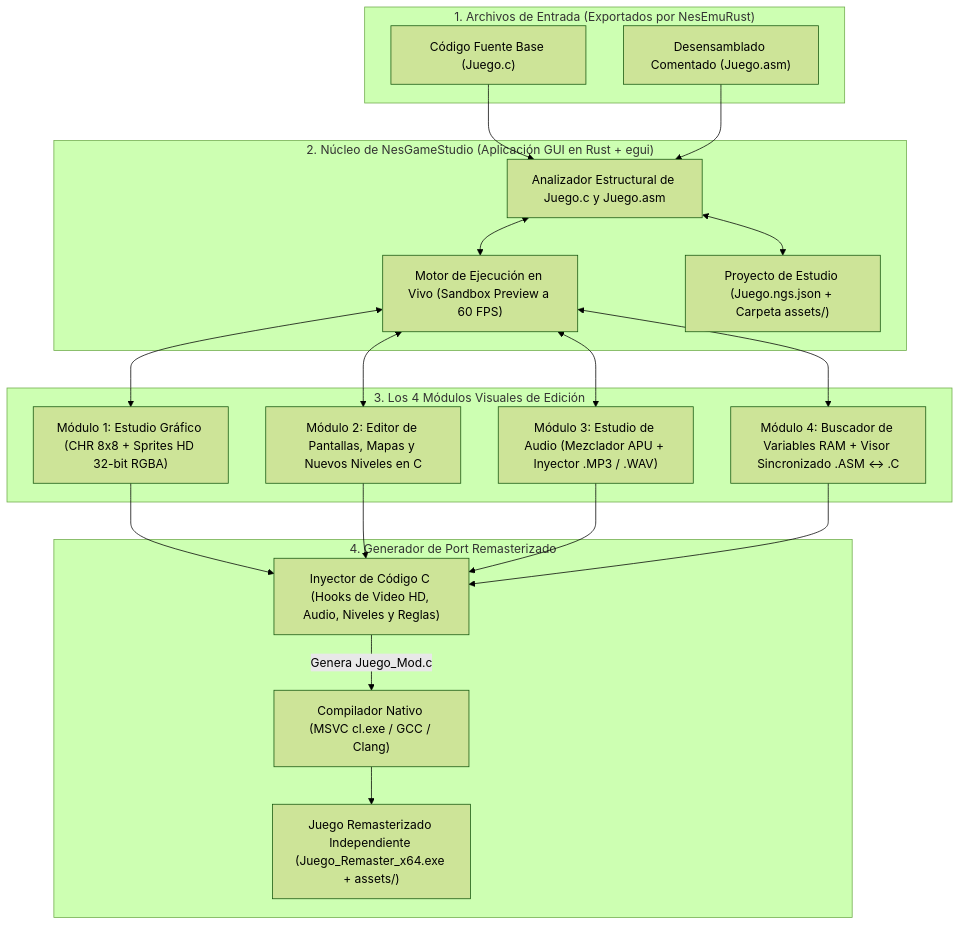
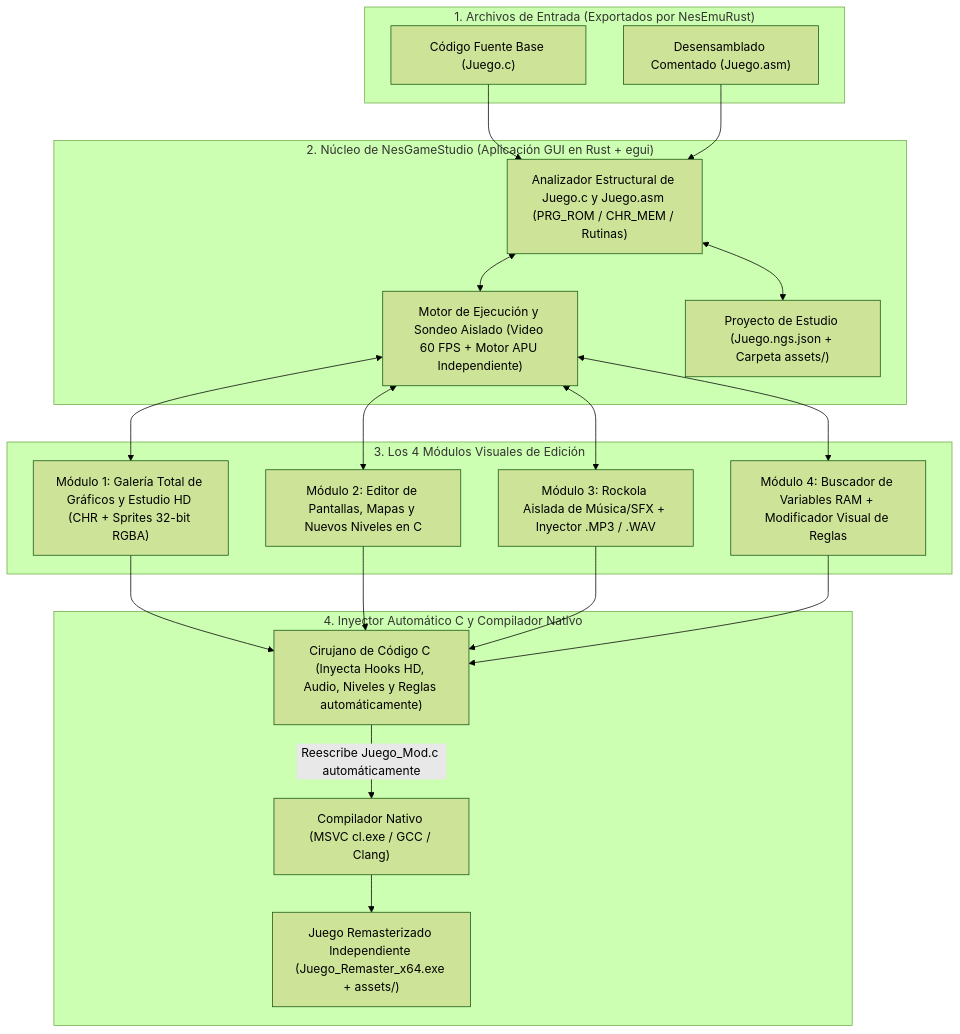
Before and after one commit to iztaneo/NesGameStudio: the first of 2 diagrams in README.md, drawn with Mermaid (forest theme). The commit also changed other lines of this file and 1 other file, not shown here.

Commit message:
docs: Include full graphic gallery, standalone music jukebox, and automatic C injection in plan

````diff
--- a/README.md
+++ b/README.md
@@ -11,44 +11,44 @@
 ```mermaid
 flowchart TD
     subgraph Entrada["1. Archivos de Entrada (Exportados por NesEmuRust)"]
         CSRC["Código Fuente Base (Juego.c)"]
         ASMSRC["Desensamblado Comentado (Juego.asm)"]
     end
 
     subgraph NucleoStudio["2. Núcleo de NesGameStudio (Aplicación GUI en Rust + egui)"]
-        PARSER["Analizador Estructural de Juego.c y Juego.asm"]
-        PREVIEW["Motor de Ejecución en Vivo (Sandbox Preview a 60 FPS)"]
+        PARSER["Analizador Estructural de Juego.c y Juego.asm (PRG_ROM / CHR_MEM / Rutinas)"]
+        PREVIEW["Motor de Ejecución y Sondeo Aislado (Video 60 FPS + Motor APU Independiente)"]
         PROJ["Proyecto de Estudio (Juego.ngs.json + Carpeta assets/)"]
     end
 
     subgraph Modulos["3. Los 4 Módulos Visuales de Edición"]
-        M_GFX["Módulo 1: Estudio Gráfico (CHR 8x8 + Sprites HD 32-bit RGBA)"]
+        M_GFX["Módulo 1: Galería Total de Gráficos y Estudio HD (CHR + Sprites 32-bit RGBA)"]
         M_LVL["Módulo 2: Editor de Pantallas, Mapas y Nuevos Niveles en C"]
-        M_AUD["Módulo 3: Estudio de Audio (Mezclador APU + Inyector .MP3 / .WAV)"]
-        M_RAM["Módulo 4: Buscador de Variables RAM + Visor Sincronizado .ASM <-> .C"]
+        M_AUD["Módulo 3: Rockola Aislada de Música/SFX + Inyector .MP3 / .WAV"]
+        M_RAM["Módulo 4: Buscador de Variables RAM + Modificador Visual de Reglas"]
     end
 
-    subgraph Salida["4. Generador de Port Remasterizado"]
-        INJECT["Inyector de Código C (Hooks de Video HD, Audio, Niveles y Reglas)"]
+    subgraph Salida["4. Inyector Automático C y Compilador Nativo"]
+        INJECT["Cirujano de Código C (Inyecta Hooks HD, Audio, Niveles y Reglas automáticamente)"]
         COMPILER["Compilador Nativo (MSVC cl.exe / GCC / Clang)"]
         FINAL_EXE["Juego Remasterizado Independiente (Juego_Remaster_x64.exe + assets/)"]
     end
 
     CSRC --> PARSER
     ASMSRC --> PARSER
     PARSER <--> PREVIEW
     PARSER <--> PROJ
 
     PREVIEW <--> M_GFX
     PREVIEW <--> M_LVL
     PREVIEW <--> M_AUD
     PREVIEW <--> M_RAM
 
     M_GFX --> INJECT
     M_LVL --> INJECT
     M_AUD --> INJECT
     M_RAM --> INJECT
 
-    INJECT -->|"Genera Juego_Mod.c"| COMPILER
+    INJECT -->|"Reescribe Juego_Mod.c automáticamente"| COMPILER
     COMPILER --> FINAL_EXE
 ```
````
